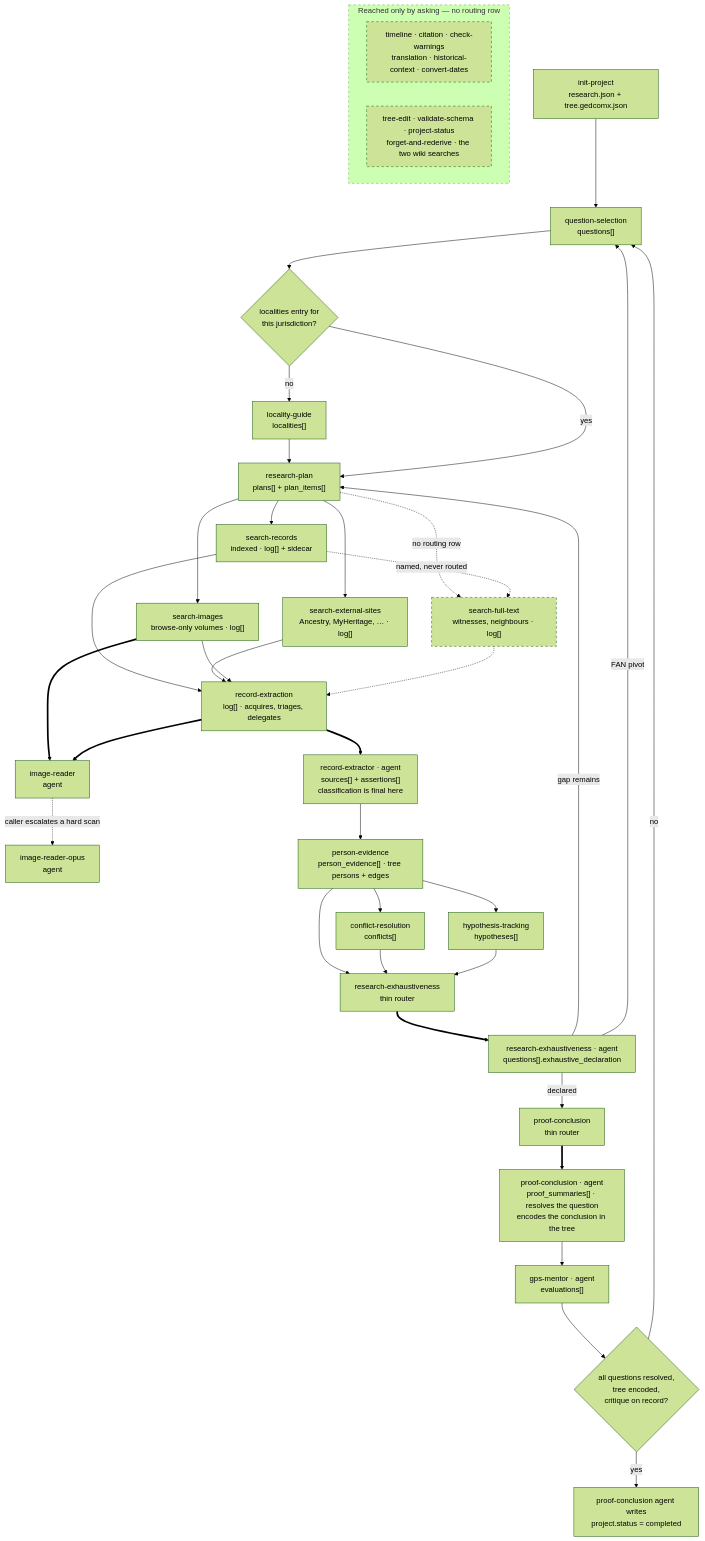
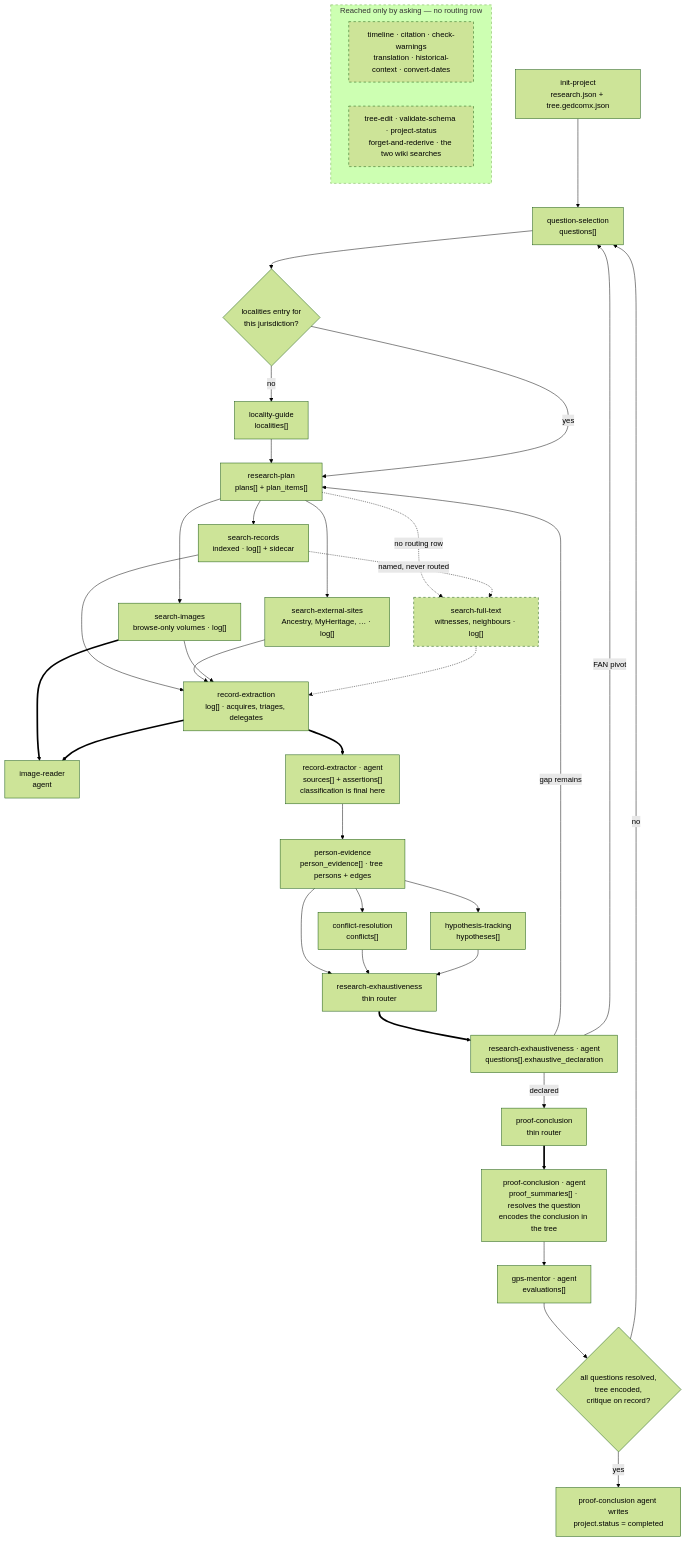
Before and after one commit to PioneerAIAcademy/cowork-genealogy: the diagram in docs/skill-dataflow.md, drawn with Mermaid (forest theme). The commit also changed other lines of this file and 23 other files, not shown here.

````diff
--- a/docs/skill-dataflow.md
+++ b/docs/skill-dataflow.md
@@ -40,54 +40,53 @@
 ```mermaid
 flowchart TD
     IP["init-project<br/>research.json + tree.gedcomx.json"] --> QS
     QS["question-selection<br/>questions[]"] --> LOCGATE
     LOCGATE{"localities entry for<br/>this jurisdiction?"}
     LOCGATE -- no --> LG["locality-guide<br/>localities[]"] --> RP
     LOCGATE -- yes --> RP["research-plan<br/>plans[] + plan_items[]"]
 
     RP --> SR["search-records<br/>indexed · log[] + sidecar"]
     RP --> SE["search-external-sites<br/>Ancestry, MyHeritage, … · log[]"]
     RP --> SI["search-images<br/>browse-only volumes · log[]"]
     RP -.->|"no routing row"| SF["search-full-text<br/>witnesses, neighbours · log[]"]
     SR -.->|"named, never routed"| SF
 
     SI ==> IR["image-reader<br/>agent"]
     RE ==> IR
-    IR -.->|"caller escalates a hard scan"| IRO["image-reader-opus<br/>agent"]
 
     SR --> RE
     SE --> RE
     SI --> RE
     SF -.-> RE
     RE["record-extraction<br/>log[] · acquires, triages, delegates"]
     RE ==> RX["record-extractor · agent<br/>sources[] + assertions[]<br/>classification is final here"]
 
     RX --> PE["person-evidence<br/>person_evidence[] · tree persons + edges"]
     PE --> CR["conflict-resolution<br/>conflicts[]"]
     PE --> HT["hypothesis-tracking<br/>hypotheses[]"]
     PE --> EX
     CR --> EX
     HT --> EX
 
     EX["research-exhaustiveness<br/>thin router"]
     EX ==> EXA["research-exhaustiveness · agent<br/>questions[].exhaustive_declaration"]
     EXA -- "gap remains" --> RP
     EXA -- "FAN pivot" --> QS
     EXA -- "declared" --> PC
 
     PC["proof-conclusion<br/>thin router"]
     PC ==> PCA["proof-conclusion · agent<br/>proof_summaries[] · resolves the question<br/>encodes the conclusion in the tree"]
     PCA --> GM["gps-mentor · agent<br/>evaluations[]"]
     GM --> GATE{"all questions resolved,<br/>tree encoded,<br/>critique on record?"}
     GATE -- no --> QS
     GATE -- yes --> DONE["proof-conclusion agent writes<br/>project.status = completed"]
 
     subgraph ASK ["Reached only by asking — no routing row"]
         direction LR
         U1["timeline · citation · check-warnings<br/>translation · historical-context · convert-dates"]
         U2["tree-edit · validate-schema · project-status<br/>forget-and-rederive · the two wiki searches"]
     end
 
     classDef unrouted stroke-dasharray: 5 5
     class SF,ASK,U1,U2 unrouted
 ```
````
